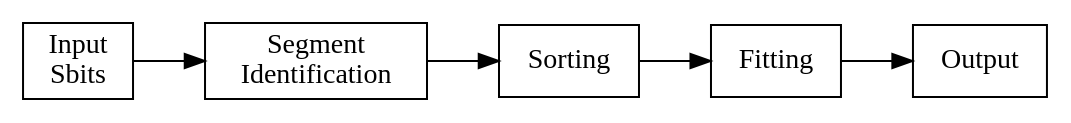
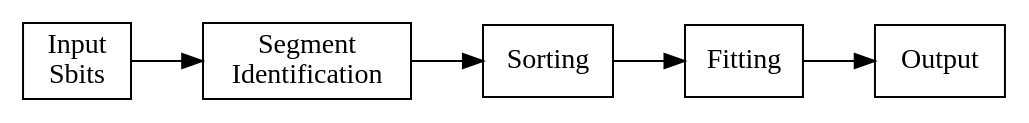
Before and after one commit to andrewpeck/me0sf: the diagram in doc/algorithm.org, drawn with Graphviz. The commit also changed other lines of this file and 2 other files, not shown here.

```diff
--- a/doc/algorithm.org
+++ b/doc/algorithm.org
@@ -43,7 +43,10 @@
 #+begin_src dot :file dataflow.svg :results value
 digraph {
+  graph [fontname = "Roboto Mono"];
+  node [fontname = "Roboto Mono"];
+  edge [fontname = "Roboto Mono"];
   node [shape=box]
   rankdir=LR
   "Input\nSbits" -> "Segment\nIdentification" -> "Sorting" -> "Fitting" -> "Output"
 }
 #+end_src
```
